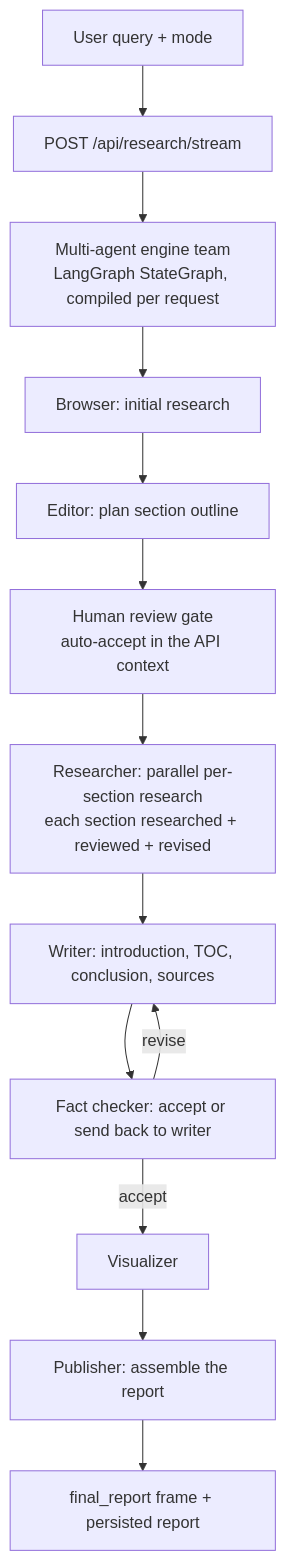
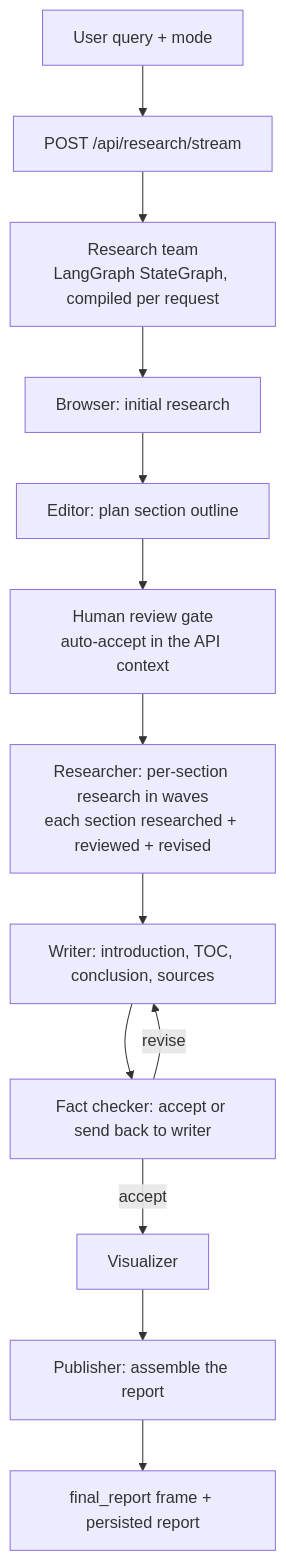
Before and after one commit to AdnanZamanNiloy/deepscout: the diagram in ARCHITECTURE.md, drawn with Mermaid. The commit also changed other lines of this file and 3 other files, not shown here.

````diff
--- a/ARCHITECTURE.md
+++ b/ARCHITECTURE.md
@@ -10,15 +10,15 @@
 ```mermaid
 flowchart TD
     Q[User query + mode] --> RT[POST /api/research/stream]
-    RT --> TEAM[Multi-agent engine team<br/>LangGraph StateGraph, compiled per request]
+    RT --> TEAM[Research team<br/>LangGraph StateGraph, compiled per request]
     TEAM --> BR[Browser: initial research]
     BR --> ED[Editor: plan section outline]
     ED --> HU[Human review gate<br/>auto-accept in the API context]
-    HU --> RS[Researcher: parallel per-section research<br/>each section researched + reviewed + revised]
+    HU --> RS[Researcher: per-section research in waves<br/>each section researched + reviewed + revised]
     RS --> WR[Writer: introduction, TOC, conclusion, sources]
     WR --> FC[Fact checker: accept or send back to writer]
     FC -->|revise| WR
     FC -->|accept| VZ[Visualizer]
     VZ --> PB[Publisher: assemble the report]
     PB --> OUT[final_report frame + persisted report]
 ```
````
